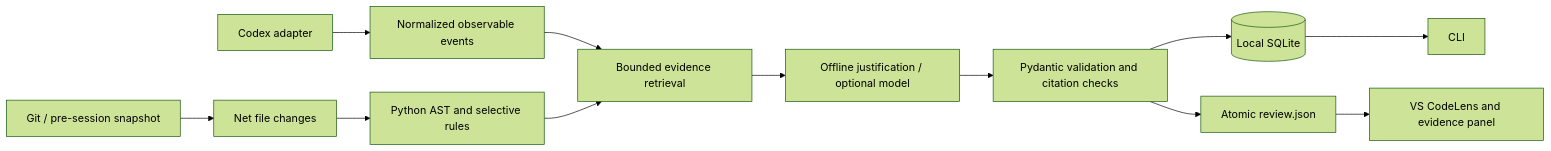
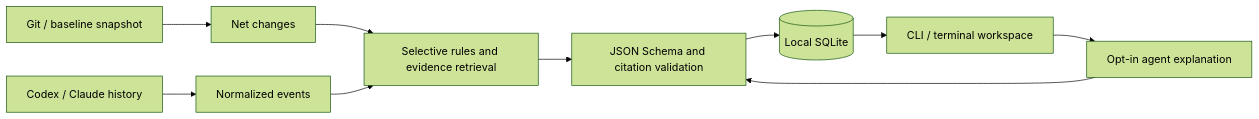
Before and after one commit to grandimam/wy: the diagram in docs/architecture.md, drawn with Mermaid (forest theme). The commit also changed other lines of this file and 15 other files, not shown here.

````diff
--- a/docs/architecture.md
+++ b/docs/architecture.md
@@ -5,14 +5,12 @@
 ```mermaid
 flowchart LR
-  C[Codex adapter] --> E[Normalized observable events]
-  G[Git / pre-session snapshot] --> D[Net file changes]
-  D --> S[Python AST and selective rules]
-  E --> R[Bounded evidence retrieval]
-  S --> R
-  R --> J[Offline justification / optional model]
-  J --> V[Pydantic validation and citation checks]
+  H[Codex / Claude history] --> E[Normalized events]
+  G[Git / baseline snapshot] --> D[Net changes]
+  D --> R[Selective rules and evidence retrieval]
+  E --> R
+  R --> V[JSON Schema and citation validation]
   V --> DB[(Local SQLite)]
-  DB --> CLI[CLI]
-  V --> Cache[Atomic review.json]
-  Cache --> VS[VS CodeLens and evidence panel]
+  DB --> CLI[CLI / terminal workspace]
+  CLI --> A[Opt-in agent explanation]
+  A --> V
 ```
````
